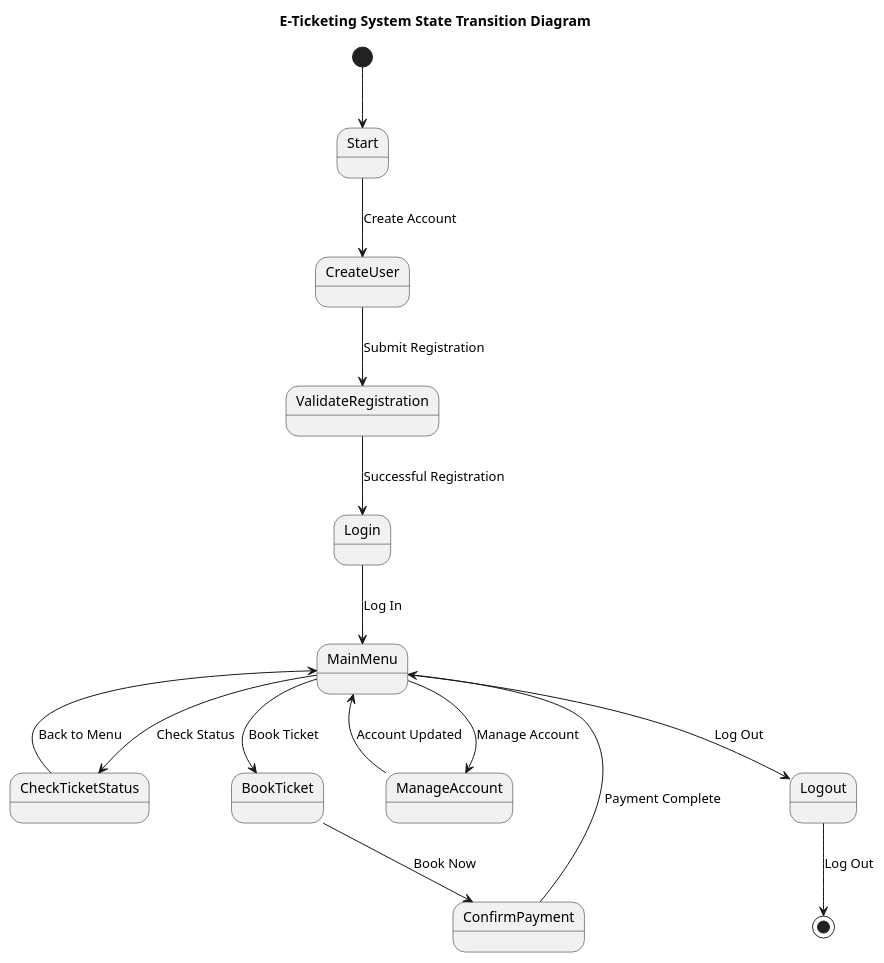
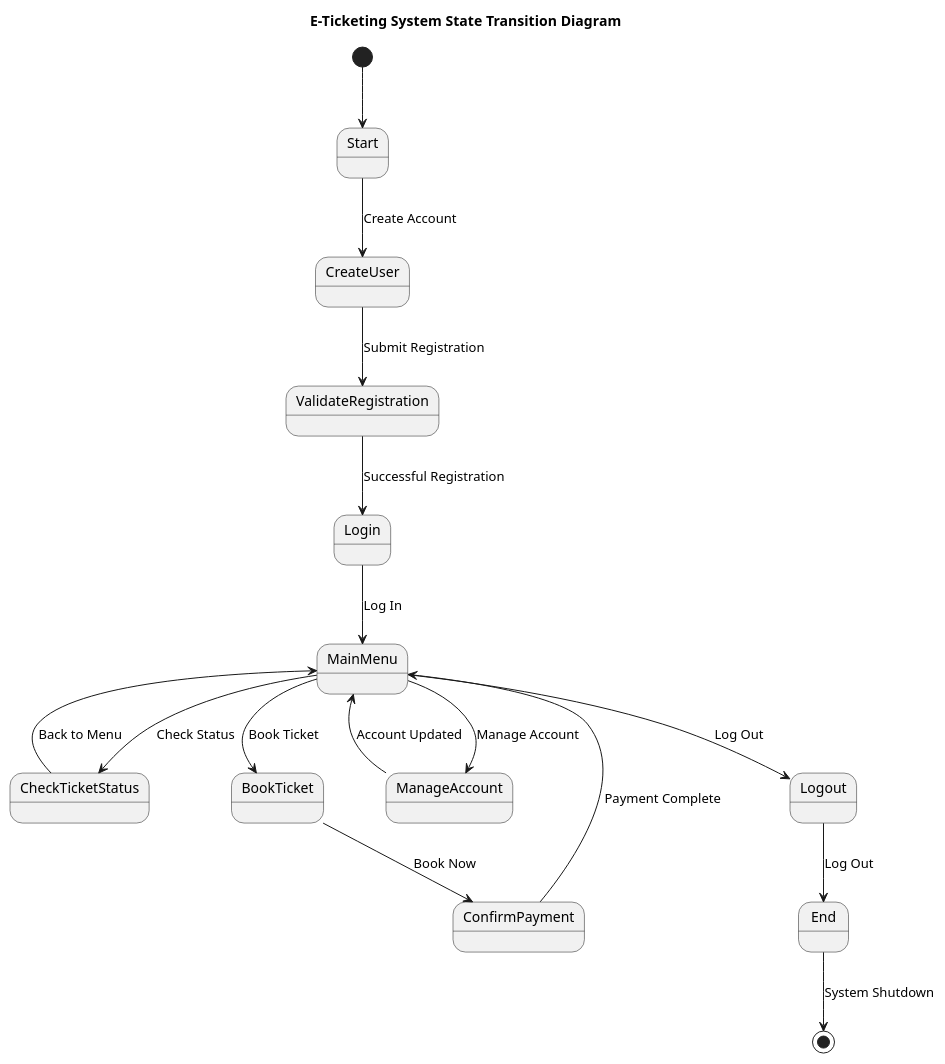
One commit to maimunafaria/State_transition_Diagram_generated_by_LLM changed the diagram in results/plantuml_pipeline/runs/open_source__deepseek_r1_14b__few_shot_validation_generator_critic_repair__syntax_grounded/case_15_e_ticketing_for_bus/run_01.puml. Above: the diagram before and after it, drawn with PlantUML. The commit also changed 349 other files, not shown here.

```diff
--- a/results/plantuml_pipeline/runs/open_source__deepseek_r1_14b__few_shot_validation_generator_critic_repair__syntax_grounded/case_15_e_ticketing_for_bus/run_01.puml
+++ b/results/plantuml_pipeline/runs/open_source__deepseek_r1_14b__few_shot_validation_generator_critic_repair__syntax_grounded/case_15_e_ticketing_for_bus/run_01.puml
@@ -1,34 +1,36 @@
 @startuml
 title E-Ticketing System State Transition Diagram
 
 [*] --> Start
 
 state Start
 state CreateUser
 state ValidateRegistration
 state Login
 state MainMenu
 state CheckTicketStatus
 state BookTicket
 state ConfirmPayment
 state ManageAccount
 state Logout
+state End
 
 Start --> CreateUser : Create Account
 CreateUser --> ValidateRegistration : Submit Registration
 ValidateRegistration --> Login : Successful Registration
 Login --> MainMenu : Log In
 
 MainMenu --> CheckTicketStatus : Check Status
 MainMenu --> BookTicket : Book Ticket
 MainMenu --> ManageAccount : Manage Account
 MainMenu --> Logout : Log Out
 
 CheckTicketStatus --> MainMenu : Back to Menu
 BookTicket --> ConfirmPayment : Book Now
 ConfirmPayment --> MainMenu : Payment Complete
 ManageAccount --> MainMenu : Account Updated
 
-Logout --> [*] : Log Out
+Logout --> End : Log Out
+End --> [*] : System Shutdown
 
 @enduml
```
